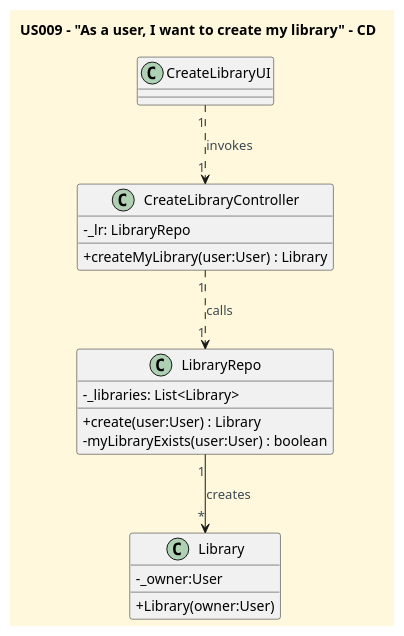
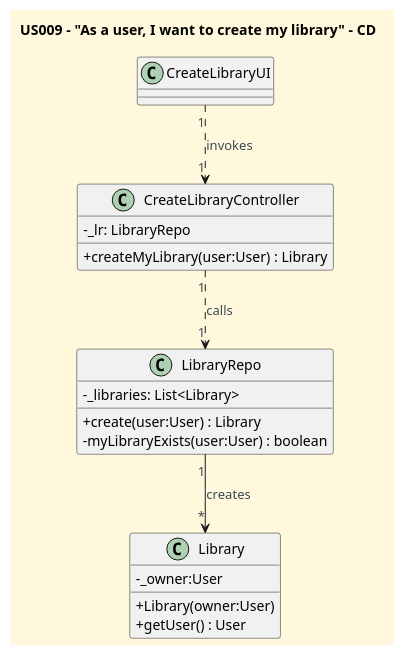
Before and after one commit to CarolinaLeite-collab/JavaMarketplacePlatform: the diagram in docs/userStories/US009/US009_create_my_library_CD.puml, drawn with PlantUML.

Commit message:
#68 - updated CD

```diff
--- a/docs/userStories/US009/US009_create_my_library_CD.puml
+++ b/docs/userStories/US009/US009_create_my_library_CD.puml
@@ -1,44 +1,45 @@
 @startuml
 'https://plantuml.com/class-diagram
 title US009 – "As a user, I want to create my library" - CD
 
 '==== basic style ====
 skinparam monochrome false
 skinparam shadowing false
 skinparam defaultFontName Futura
 skinparam objectFontSize 20
 skinparam backgroundColor CornSilk
 skinparam objectBackgroundColor WhiteSmoke
 skinparam noteBackgroundColor #FFFFE0
 skinparam ArrowFontColor #3B4953
 skinparam ActivationBackgroundColor black
 skinparam classAttributeIconSize 0
 
 class CreateLibraryUI {
 }
 
 class CreateLibraryController {
   -_lr: LibraryRepo
   + createMyLibrary(user:User) : Library
 }
 
 class LibraryRepo {
 -_libraries: List<Library>
   + create(user:User) : Library
   - myLibraryExists(user:User) : boolean
 }
 
 class Library {
   - _owner:User
   + Library(owner:User)
+  + getUser() : User
 }
 
 'class User {
 '}
 
 CreateLibraryUI "1" ..> "1" CreateLibraryController : invokes
 CreateLibraryController "1" ..> "1" LibraryRepo : calls
 LibraryRepo "1" --> "*" Library : creates
 'User "1" --> "1" Library: owns
 
 @enduml
```
